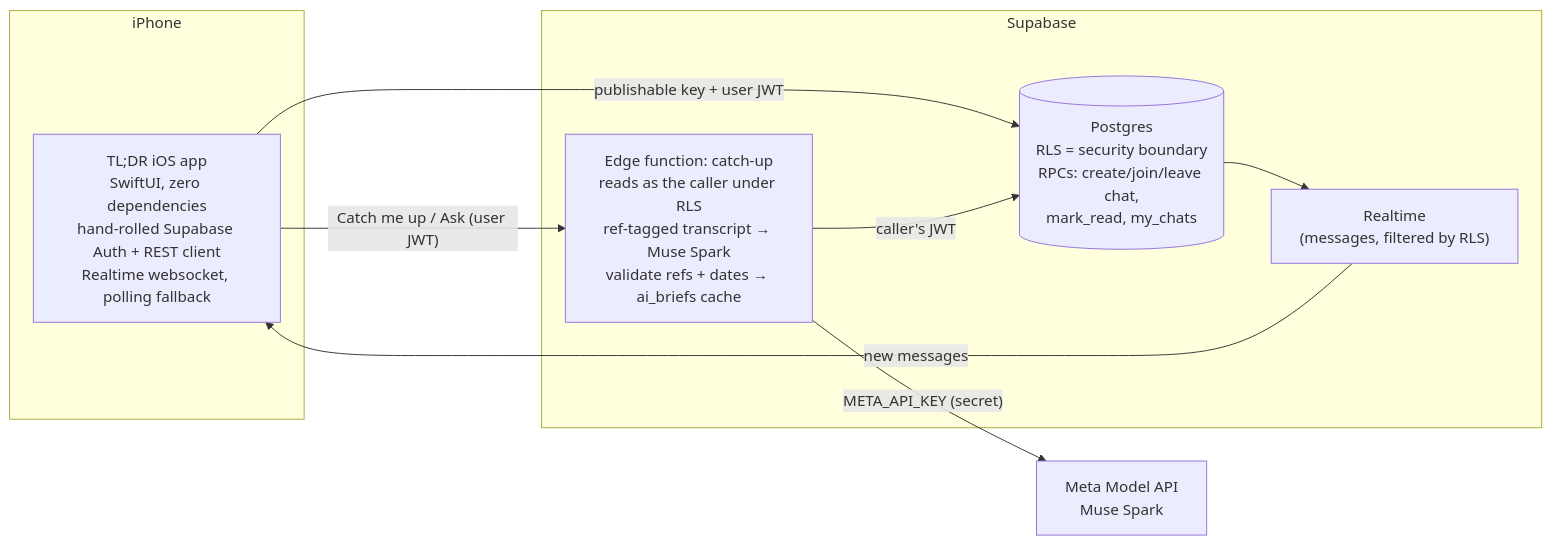
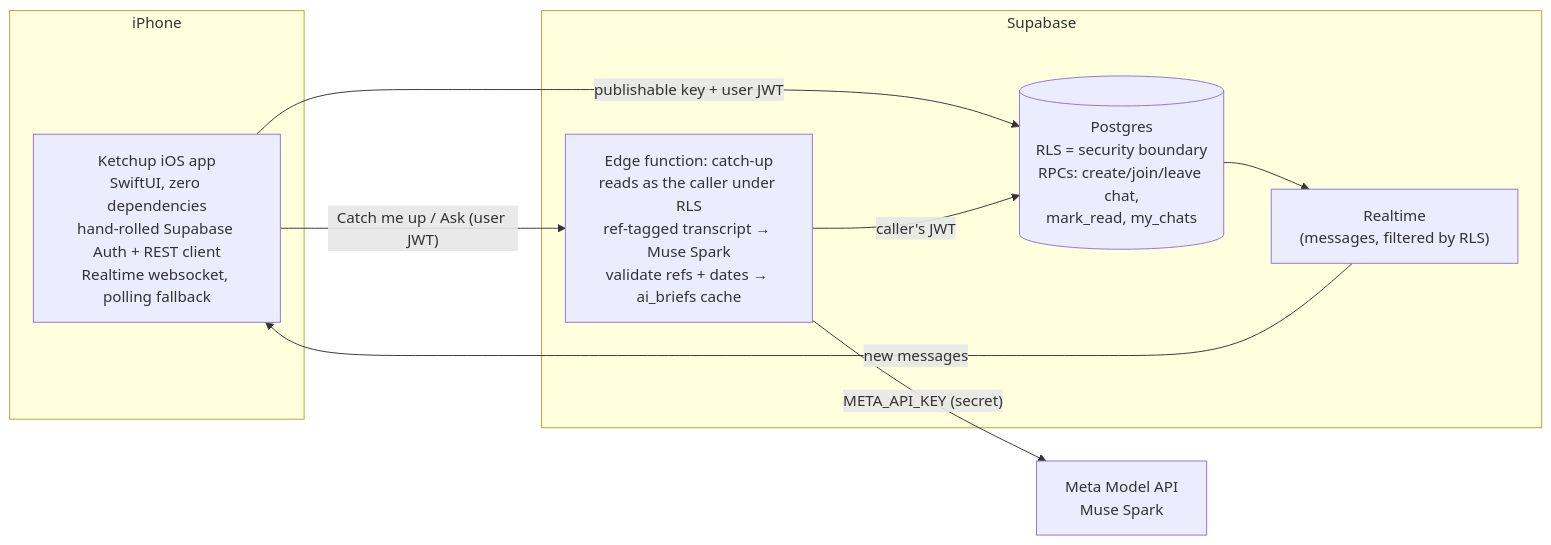
The diagram in README.md (DavidNichols1/TLDR), drawn with Mermaid before and after one commit. The commit also changed other lines of this file and 76 other files, not shown here.

````diff
--- a/README.md
+++ b/README.md
@@ -96,18 +96,18 @@
 ```mermaid
 flowchart LR
   subgraph iPhone
-    A["TL;DR iOS app<br/>SwiftUI, zero dependencies<br/>hand-rolled Supabase Auth + REST client<br/>Realtime websocket, polling fallback"]
+    A["Ketchup iOS app<br/>SwiftUI, zero dependencies<br/>hand-rolled Supabase Auth + REST client<br/>Realtime websocket, polling fallback"]
   end
   subgraph Supabase
     DB[("Postgres<br/>RLS = security boundary<br/>RPCs: create/join/leave chat,<br/>mark_read, my_chats")]
     RT["Realtime<br/>(messages, filtered by RLS)"]
     FN["Edge function: catch-up<br/>reads as the caller under RLS<br/>ref-tagged transcript → Muse Spark<br/>validate refs + dates → ai_briefs cache"]
   end
   META["Meta Model API<br/>Muse Spark"]
 
   A -- "publishable key + user JWT" --> DB
   DB --> RT -- "new messages" --> A
   A -- "Catch me up / Ask (user JWT)" --> FN
   FN -- "caller's JWT" --> DB
   FN -- "META_API_KEY (secret)" --> META
 ```
````
